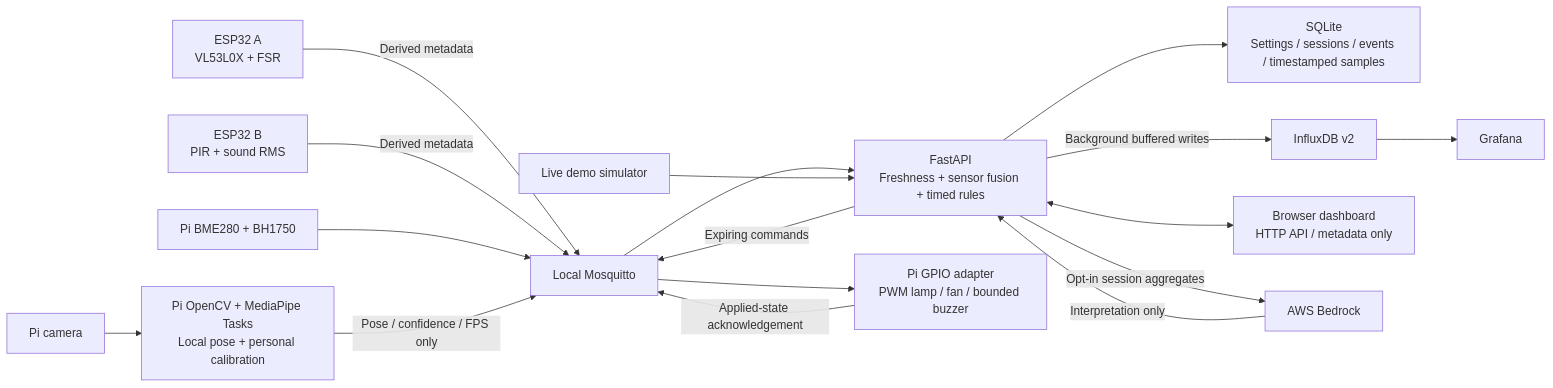
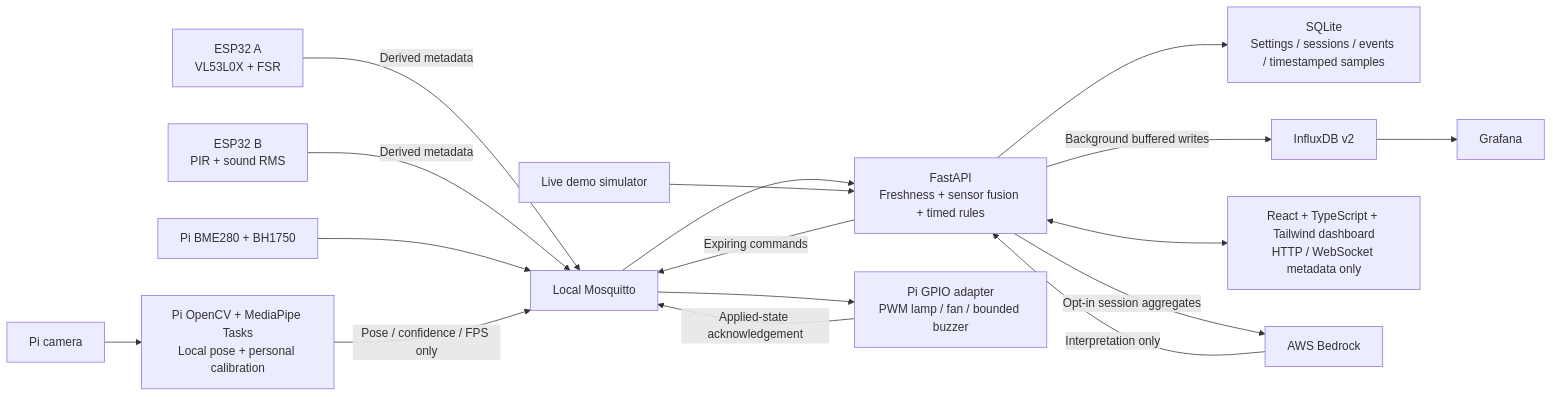
Before and after one commit to Ackaraphon1928/FocusGuard-Study-Desk01: the diagram in docs/ARCHITECTURE.md, drawn with Mermaid. The commit also changed other lines of this file and 55 other files, not shown here.

First line of the commit message:
feat: add TypeScript configuration and Vite setup for frontend

````diff
--- a/docs/ARCHITECTURE.md
+++ b/docs/ARCHITECTURE.md
@@ -5,19 +5,19 @@
 ```mermaid
 flowchart LR
     A[ESP32 A\nVL53L0X + FSR] -->|Derived metadata| M[Local Mosquitto]
     B[ESP32 B\nPIR + sound RMS] -->|Derived metadata| M
     C[Pi camera] --> V[Pi OpenCV + MediaPipe Tasks\nLocal pose + personal calibration]
     E[Pi BME280 + BH1750] --> M
     V -->|Pose / confidence / FPS only| M
     M --> F[FastAPI\nFreshness + sensor fusion + timed rules]
     S[Live demo simulator] --> F
     F --> Q[SQLite\nSettings / sessions / events / timestamped samples]
     F -->|Expiring commands| M
     M --> G[Pi GPIO adapter\nPWM lamp / fan / bounded buzzer]
     G -->|Applied-state acknowledgement| M
     F -->|Background buffered writes| I[InfluxDB v2]
     I --> R[Grafana]
-    F <--> D[Browser dashboard\nHTTP API / metadata only]
+    F <--> D[React + TypeScript + Tailwind dashboard\nHTTP / WebSocket metadata only]
     F -->|Opt-in session aggregates| AI[AWS Bedrock]
     AI -->|Interpretation only| F
 ```
````
